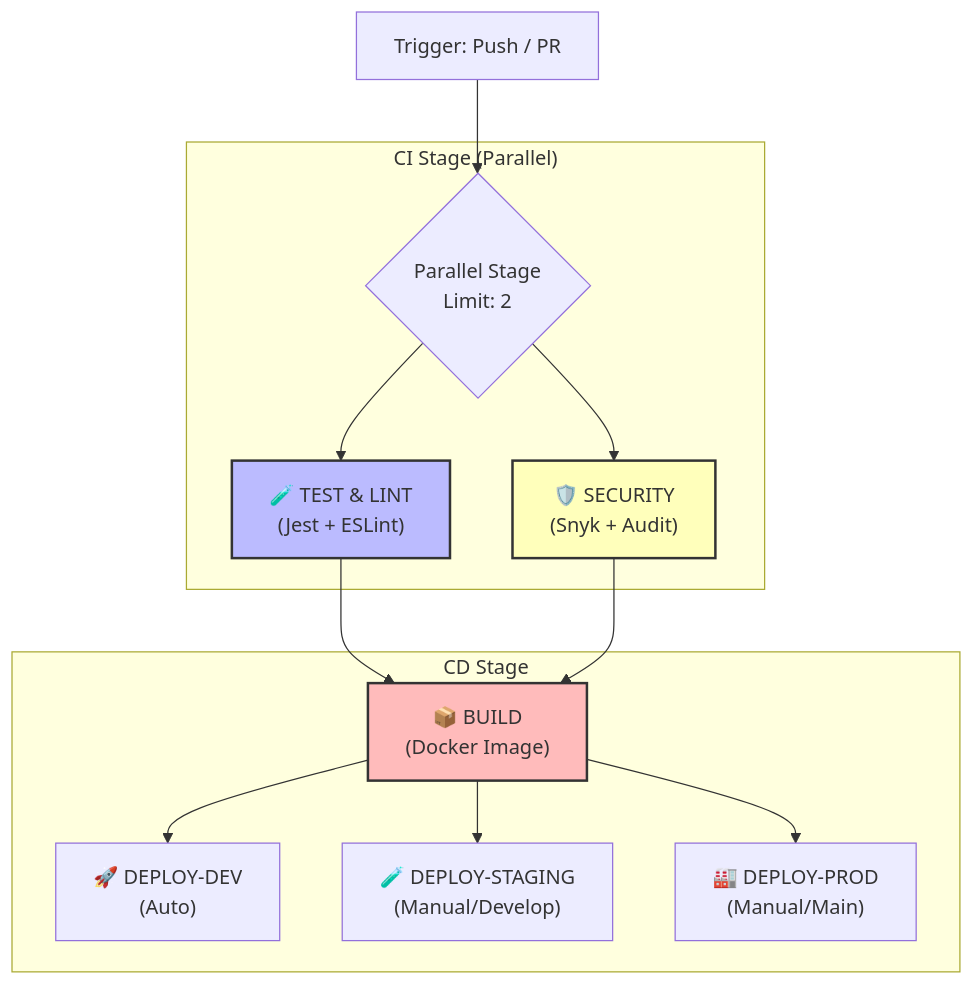
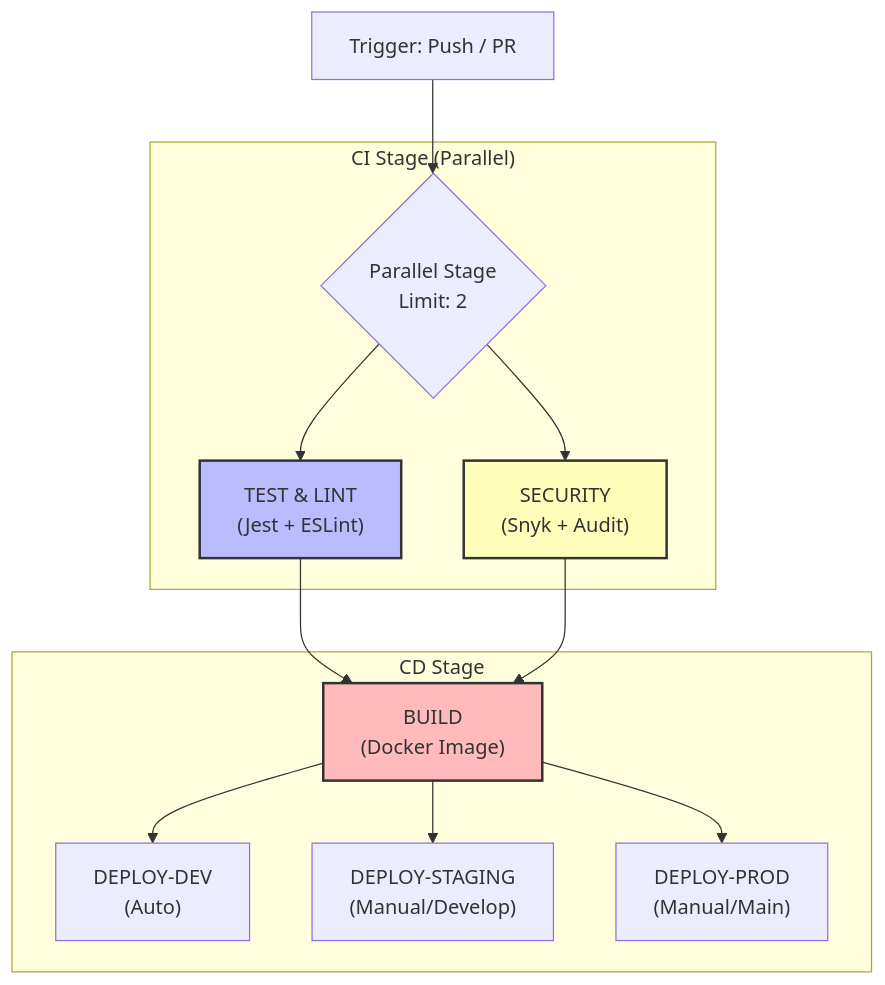
Before and after one commit to wee110/BaBadProject: the third of 3 diagrams in README.md, drawn with Mermaid. The commit also changed other lines of this file, not shown here.

````diff
--- a/README.md
+++ b/README.md
@@ -557,22 +567,22 @@
 ```mermaid
 graph TD
     A[Trigger: Push / PR] --> B{Parallel Stage <br/> Limit: 2}
     
     subgraph "CI Stage (Parallel)"
-        B --> C["🧪 TEST & LINT <br/> (Jest + ESLint)"]
-        B --> D["🛡️ SECURITY <br/> (Snyk + Audit)"]
+        B --> C[" TEST & LINT <br/> (Jest + ESLint)"]
+        B --> D[" SECURITY <br/> (Snyk + Audit)"]
     end
     
-    C --> E["📦 BUILD <br/> (Docker Image)"]
+    C --> E[" BUILD <br/> (Docker Image)"]
     D --> E
     
     subgraph "CD Stage"
-        E --> F["🚀 DEPLOY-DEV <br/> (Auto)"]
-        E --> G["🧪 DEPLOY-STAGING <br/> (Manual/Develop)"]
-        E --> H["🏭 DEPLOY-PROD <br/> (Manual/Main)"]
+        E --> F[" DEPLOY-DEV <br/> (Auto)"]
+        E --> G[" DEPLOY-STAGING <br/> (Manual/Develop)"]
+        E --> H[" DEPLOY-PROD <br/> (Manual/Main)"]
     end
     
     style C fill:#bbf,stroke:#333,stroke-width:2px
     style D fill:#ffb,stroke:#333,stroke-width:2px
     style E fill:#fbb,stroke:#333,stroke-width:2px
 ```
````
